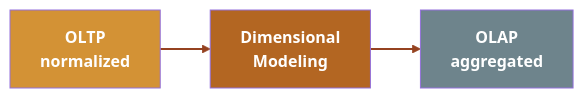
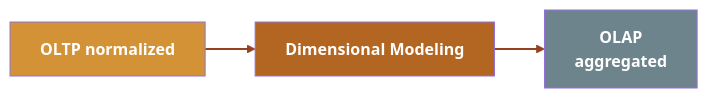
The diagram in slides/10-section-a-the-data-journey.md (ninoCan/talk-operation-data-engineer), drawn with Mermaid before and after one commit. The commit also changed 13 other files, not shown here.

````diff
--- a/slides/10-section-a-the-data-journey.md
+++ b/slides/10-section-a-the-data-journey.md
@@ -8,9 +8,9 @@
 ```mermaid
 flowchart LR
-    A["OLTP\nnormalized"] --> B["Dimensional\nModeling"]
+    A["OLTP normalized"] --> B["Dimensional Modeling"]
     B --> C["OLAP\naggregated"]
     style A fill:#d39235,color:#fff,font-weight:bold
     style B fill:#b36622,color:#fff,font-weight:bold
     style C fill:#6e848c,color:#fff,font-weight:bold
     linkStyle 0,1 stroke:#954220,stroke-width:2px
 ```
````
